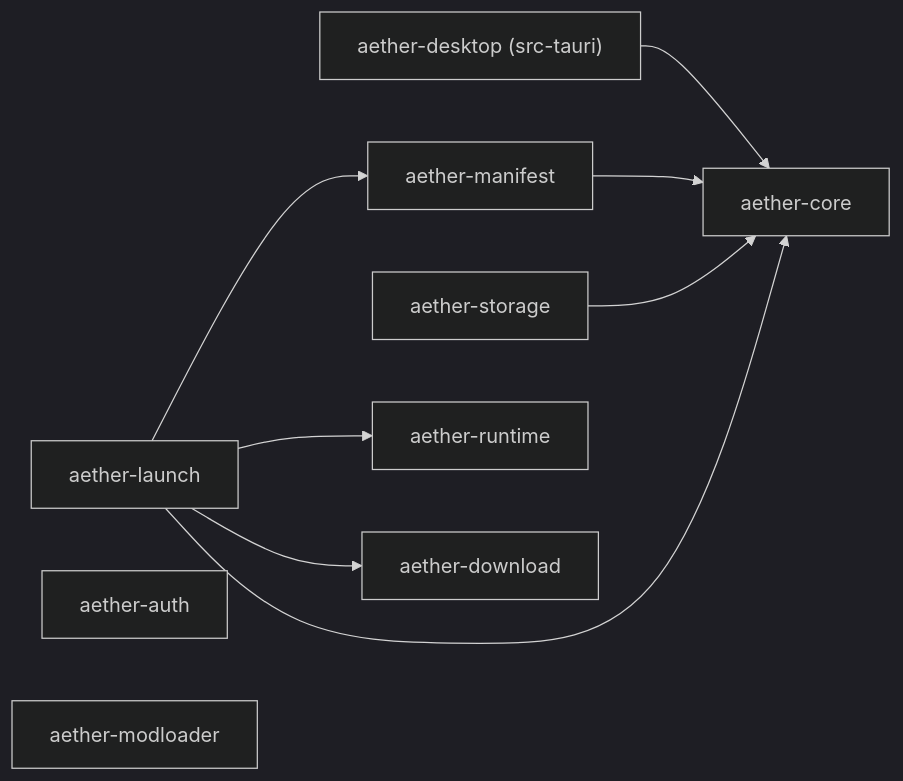
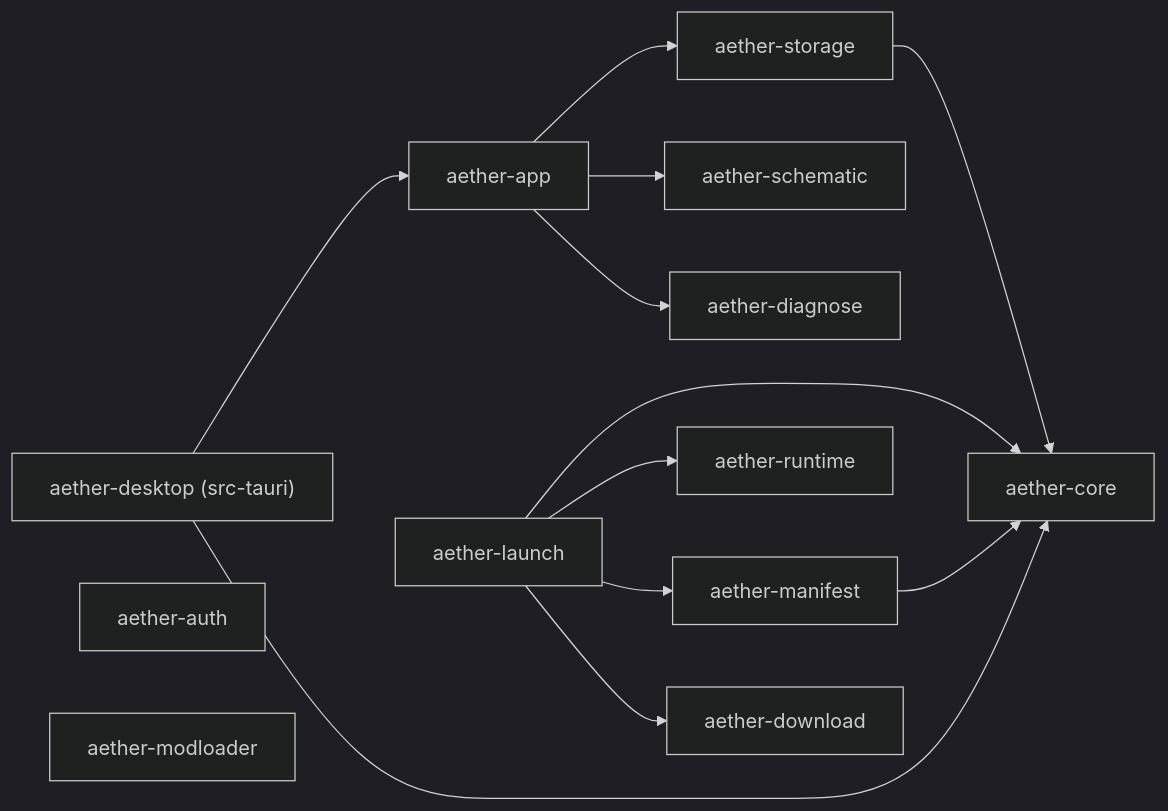
The diagram in docs/architecture.md (AetherLauncher-org/Aether-Launcher), drawn with Mermaid (dark theme) before and after one commit. The commit also changed other lines of this file and 20 other files, not shown here.

First line of the commit message:
refactor(app): move instance, management and schematic logic out of src-tauri

````diff
--- a/docs/architecture.md
+++ b/docs/architecture.md
@@ -11,13 +11,17 @@
 ```mermaid
 graph LR
-  desktop["aether-desktop (src-tauri)"] --> core[aether-core]
+  desktop["aether-desktop (src-tauri)"] --> app[aether-app]
+  app --> storage
+  app --> schematic[aether-schematic]
+  app --> diagnose[aether-diagnose]
+  desktop --> core[aether-core]
   manifest[aether-manifest] --> core
   storage[aether-storage] --> core
   launch[aether-launch] --> core
   launch --> runtime[aether-runtime]
   launch --> manifest
   launch --> download
   download[aether-download]
   auth[aether-auth]
   modloader[aether-modloader]
 ```
````
